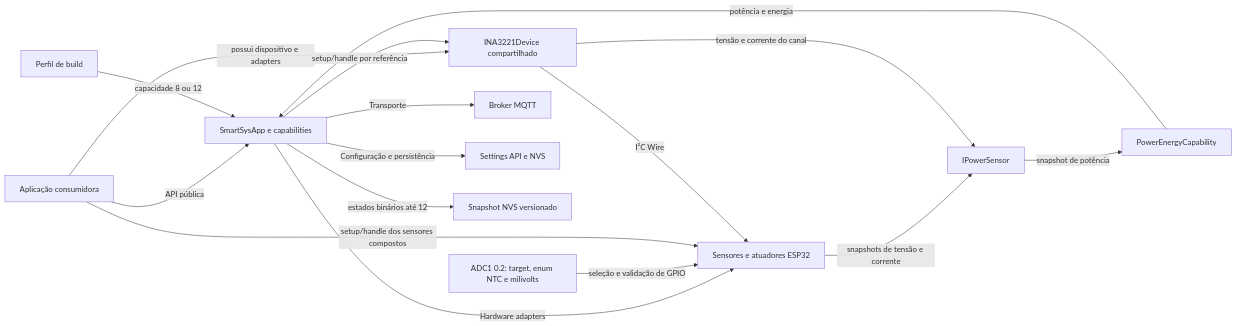
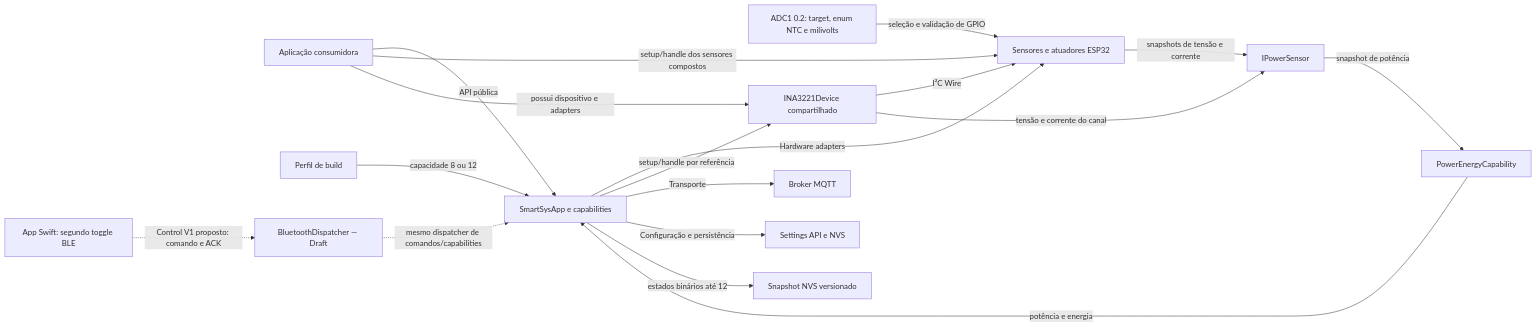
The diagram in docs/rfc/KNOWLEDGE-MAP.md (iotsmartsys/IoTSmartSysCore), drawn with Mermaid before and after one commit. The commit also changed other lines of this file and 2 other files, not shown here.

Commit message:
docs: specify BLE command transport V1

````diff
--- a/docs/rfc/KNOWLEDGE-MAP.md
+++ b/docs/rfc/KNOWLEDGE-MAP.md
@@ -164,18 +167,20 @@
 ```mermaid
 flowchart LR
     APP["Aplicação consumidora"] -->|"API pública"| CORE["SmartSysApp e capabilities"]
     PROFILE["Perfil de build"] -->|"capacidade 8 ou 12"| CORE
     CORE -->|"Hardware adapters"| HW["Sensores e atuadores ESP32"]
     ADC1["ADC1 0.2: target, enum NTC e milivolts"] -->|"seleção e validação de GPIO"| HW
     APP -->|"setup/handle dos sensores compostos"| HW
     APP -->|"possui dispositivo e adapters"| INA["INA3221Device compartilhado"]
     CORE -->|"setup/handle por referência"| INA
     INA -->|"I²C Wire"| HW
     HW -->|"snapshots de tensão e corrente"| PSENSOR["IPowerSensor"]
     INA -->|"tensão e corrente do canal"| PSENSOR
     PSENSOR -->|"snapshot de potência"| POWER["PowerEnergyCapability"]
     POWER -->|"potência e energia"| CORE
+    SWIFT["App Swift: segundo toggle BLE"] -.->|"Control V1 proposto: comando e ACK"| BLE["BluetoothDispatcher — Draft"]
+    BLE -.->|"mesmo dispatcher de comandos/capabilities"| CORE
     CORE -->|"Transporte"| MQTT["Broker MQTT"]
     CORE -->|"Configuração e persistência"| SETTINGS["Settings API e NVS"]
     CORE -->|"estados binários até 12"| BCS["Snapshot NVS versionado"]
 ```
````
